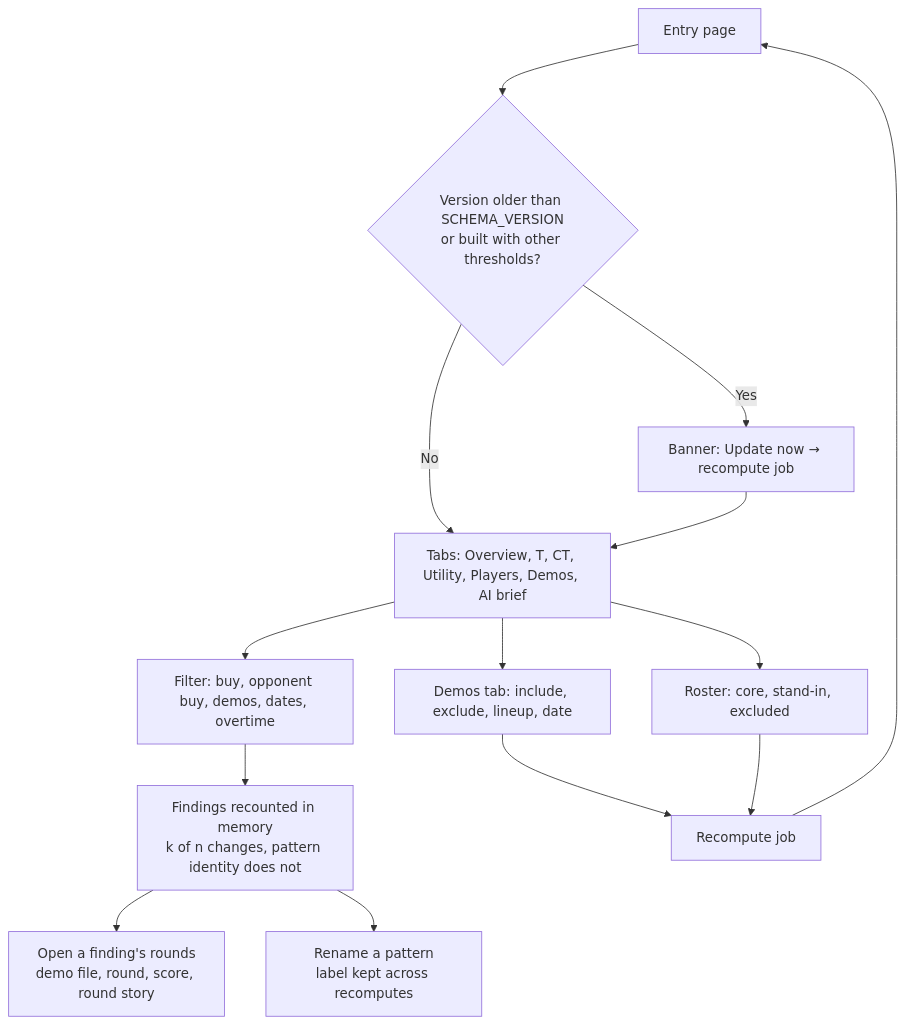
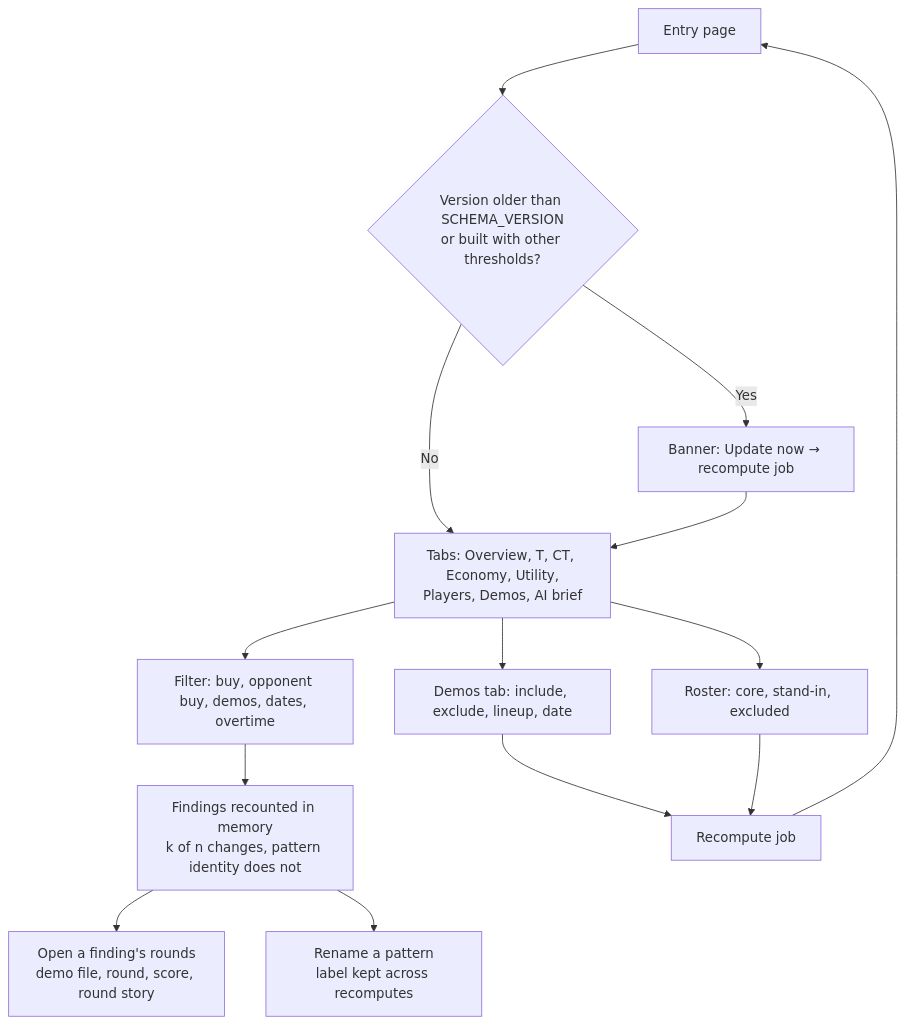
One commit to GeorgeMac06/CS2-demo-analyser changed the fourth of 5 diagrams in docs/workflows/user-journeys.md. Above: the diagram before and after it, drawn with Mermaid. The commit also changed 3 other files, not shown here.

````diff
--- a/docs/workflows/user-journeys.md
+++ b/docs/workflows/user-journeys.md
@@ -63,16 +63,16 @@
 ```mermaid
 flowchart TD
   A["Entry page"] --> B{"Version older than SCHEMA_VERSION<br/>or built with other thresholds?"}
   B -->|Yes| U["Banner: Update now → recompute job"]
-  B -->|No| C["Tabs: Overview, T, CT, Utility, Players, Demos, AI brief"]
+  B -->|No| C["Tabs: Overview, T, CT, Economy, Utility,<br/>Players, Demos, AI brief"]
   U --> C
   C --> D["Filter: buy, opponent buy, demos, dates, overtime"]
   D --> E["Findings recounted in memory<br/>k of n changes, pattern identity does not"]
   E --> F["Open a finding's rounds<br/>demo file, round, score, round story"]
   E --> G["Rename a pattern<br/>label kept across recomputes"]
   C --> H["Demos tab: include, exclude, lineup, date"]
   C --> I["Roster: core, stand-in, excluded"]
   H --> RC["Recompute job"]
   I --> RC
   RC --> A
 ```
````
